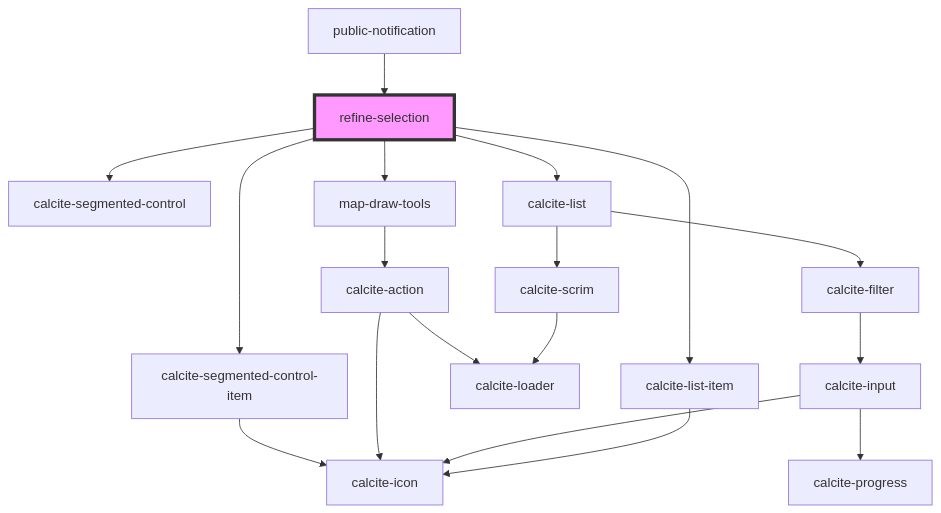
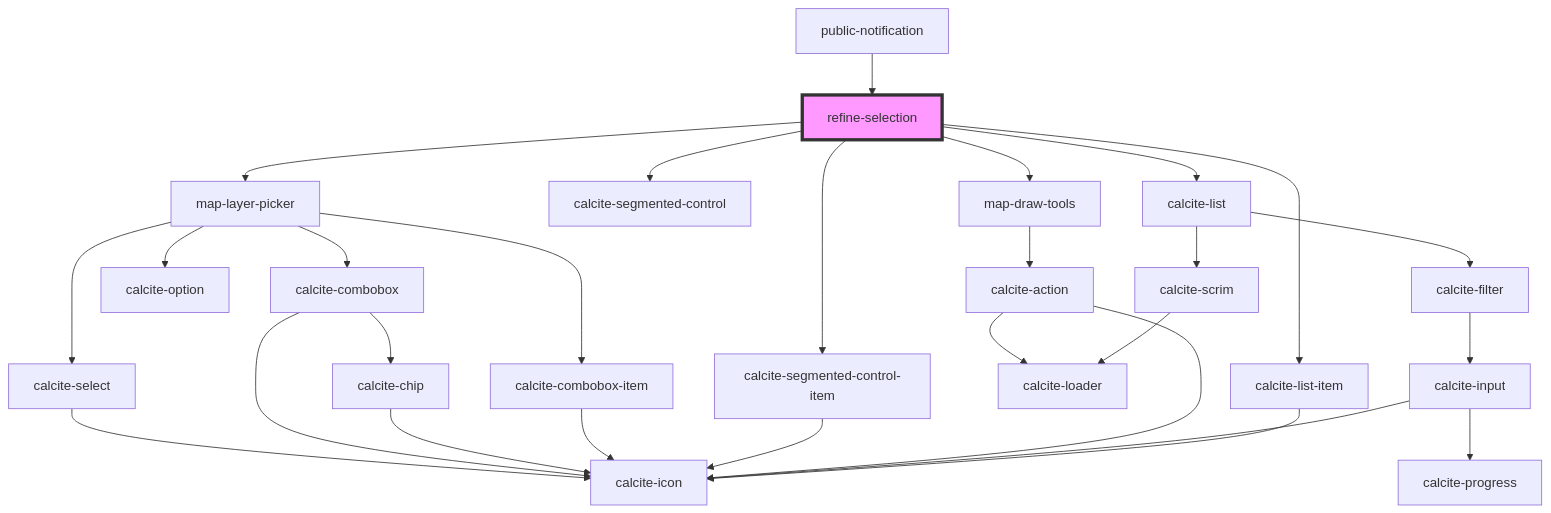
The diagram in src/components/refine-selection/readme.md (Esri/solutions-components), drawn with Mermaid before and after one commit. The commit also changed other lines of this file and 9 other files, not shown here.

````diff
--- a/src/components/refine-selection/readme.md
+++ b/src/components/refine-selection/readme.md
@@ -45,21 +45,31 @@
 ```mermaid
 graph TD;
+  refine-selection --> map-layer-picker
   refine-selection --> calcite-segmented-control
   refine-selection --> calcite-segmented-control-item
   refine-selection --> map-draw-tools
   refine-selection --> calcite-list
   refine-selection --> calcite-list-item
+  map-layer-picker --> calcite-select
+  map-layer-picker --> calcite-combobox
+  map-layer-picker --> calcite-combobox-item
+  map-layer-picker --> calcite-option
+  calcite-select --> calcite-icon
+  calcite-combobox --> calcite-chip
+  calcite-combobox --> calcite-icon
+  calcite-chip --> calcite-icon
+  calcite-combobox-item --> calcite-icon
   calcite-segmented-control-item --> calcite-icon
   map-draw-tools --> calcite-action
   calcite-action --> calcite-loader
   calcite-action --> calcite-icon
   calcite-list --> calcite-scrim
   calcite-list --> calcite-filter
   calcite-scrim --> calcite-loader
   calcite-filter --> calcite-input
   calcite-input --> calcite-progress
   calcite-input --> calcite-icon
   calcite-list-item --> calcite-icon
   public-notification --> refine-selection
   style refine-selection fill:#f9f,stroke:#333,stroke-width:4px
 ```
````
